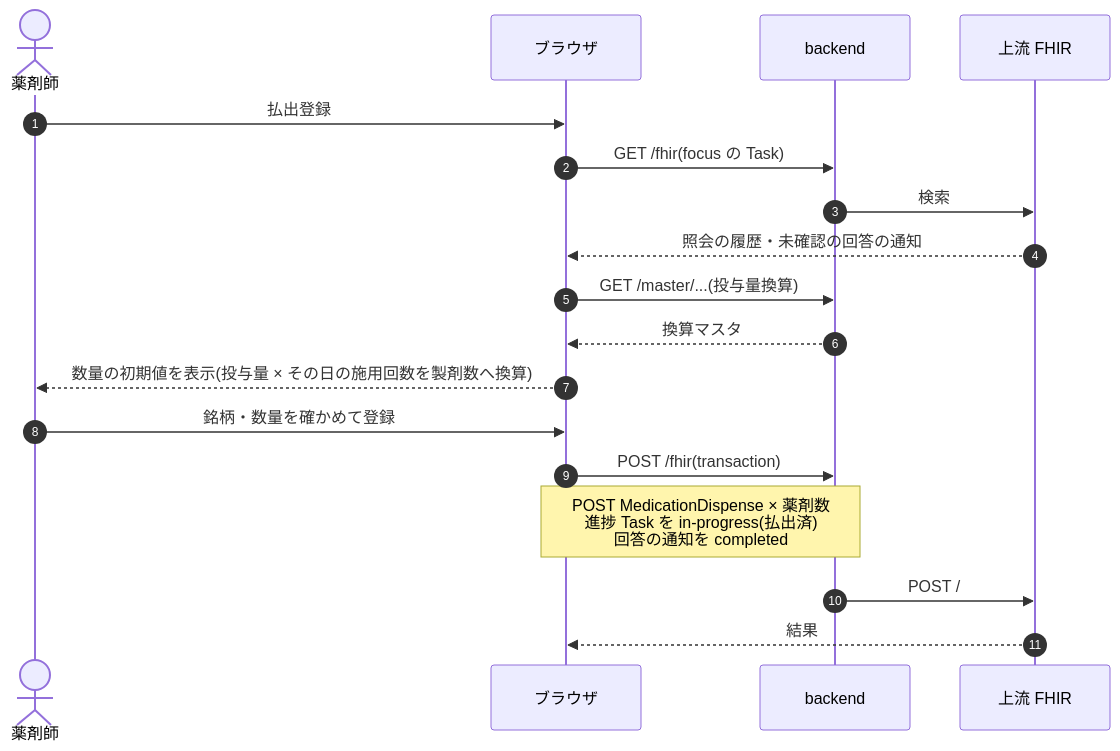
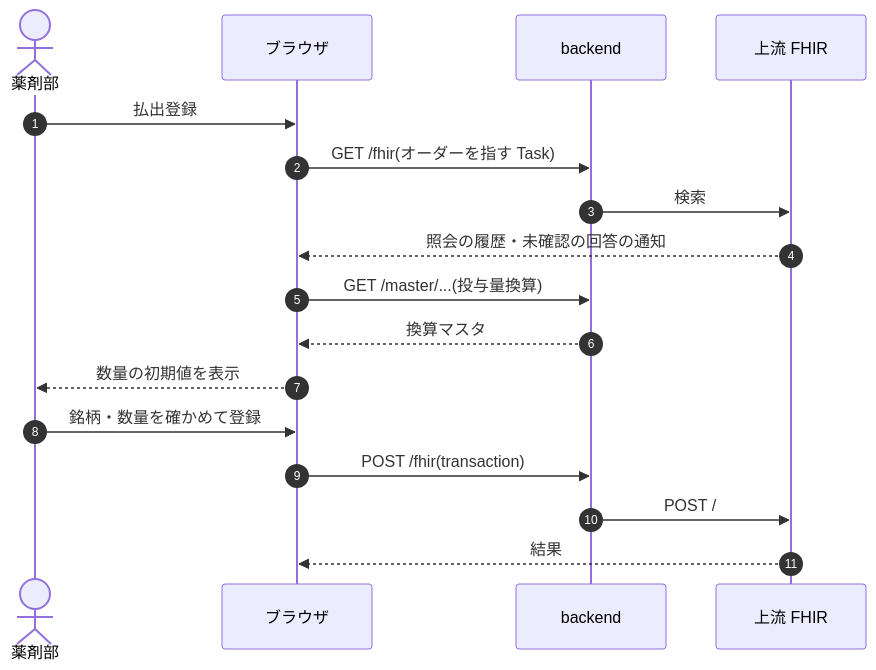
Before and after one commit to ysnr-dev/fhir-client-docs: the seventh of 9 diagrams in docs/dev/injection.md, drawn with Mermaid. The commit also changed other lines of this file and 43 other files, not shown here.

Commit message:
docs: 業務フローとシーケンス図を写し直し

````diff
--- a/docs/dev/injection.md
+++ b/docs/dev/injection.md
@@ -181,21 +295,20 @@
 ```mermaid
 sequenceDiagram
   autonumber
-  actor Ph as 薬剤師
+  actor Ph as 薬剤部
   participant UI as ブラウザ
   participant BE as backend
   participant FHIR as 上流 FHIR
 
   Ph->>UI: 払出登録
-  UI->>BE: GET /fhir(focus の Task)
+  UI->>BE: GET /fhir(オーダーを指す Task)
   BE->>FHIR: 検索
   FHIR-->>UI: 照会の履歴・未確認の回答の通知
   UI->>BE: GET /master/...(投与量換算)
   BE-->>UI: 換算マスタ
-  UI-->>Ph: 数量の初期値を表示(投与量 × その日の施用回数を製剤数へ換算)
+  UI-->>Ph: 数量の初期値を表示
   Ph->>UI: 銘柄・数量を確かめて登録
   UI->>BE: POST /fhir(transaction)
-  Note over UI,BE: POST MedicationDispense × 薬剤数<br/>進捗 Task を in-progress(払出済)<br/>回答の通知を completed
   BE->>FHIR: POST /
   FHIR-->>UI: 結果
 ```
````
